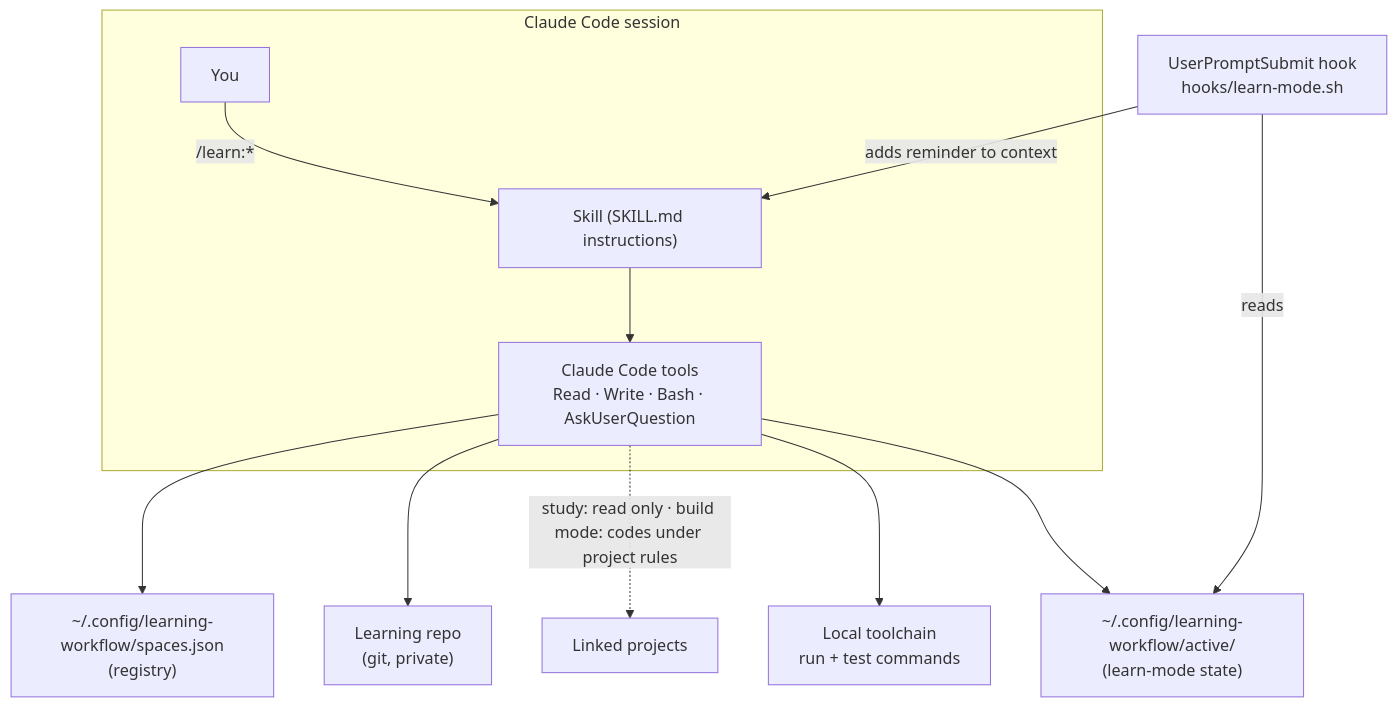
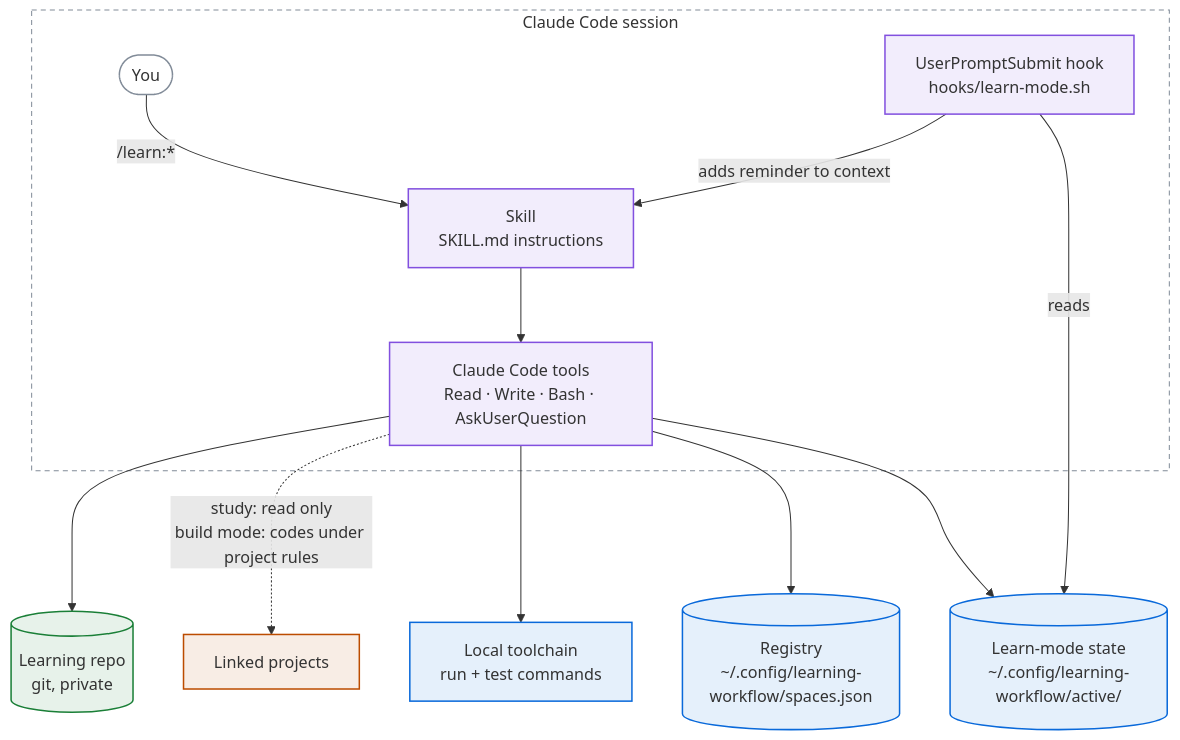
One commit to rafagomes/learning-workflow changed the diagram in docs/ARCHITECTURE.md. Above: the diagram before and after it, drawn with Mermaid. The commit also changed other lines of this file and 12 other files, not shown here.

Commit message:
docs: designed light/dark SVG diagrams and a styled architecture Mermaid

````diff
--- a/docs/ARCHITECTURE.md
+++ b/docs/ARCHITECTURE.md
@@ -5,14 +5,25 @@
 ```mermaid
 flowchart TB
     subgraph CC["Claude Code session"]
-        U["You"] -->|/learn:*| SK["Skill (SKILL.md instructions)"]
+        U(["You"]) -->|/learn:*| SK["Skill<br/>SKILL.md instructions"]
         SK --> TOOLS["Claude Code tools<br/>Read · Write · Bash · AskUserQuestion"]
+        HK["UserPromptSubmit hook<br/>hooks/learn-mode.sh"] -->|adds reminder to context| SK
     end
-    TOOLS --> REG["~/.config/learning-workflow/spaces.json<br/>(registry)"]
-    TOOLS --> LR["Learning repo<br/>(git, private)"]
-    TOOLS -. "study: read only · build mode: codes under project rules" .-> PR["Linked projects"]
+    TOOLS --> LR[("Learning repo<br/>git, private")]
+    TOOLS -. "study: read only<br/>build mode: codes under project rules" .-> PR["Linked projects"]
     TOOLS --> TC["Local toolchain<br/>run + test commands"]
-    TOOLS --> ACT["~/.config/learning-workflow/active/<br/>(learn-mode state)"]
-    HK["UserPromptSubmit hook<br/>hooks/learn-mode.sh"] -->|reads| ACT
-    HK -->|adds reminder to context| SK
+    TOOLS --> REG[("Registry<br/>~/.config/learning-workflow/spaces.json")]
+    TOOLS --> ACT[("Learn-mode state<br/>~/.config/learning-workflow/active/")]
+    HK -->|reads| ACT
+    classDef plugin fill:#8250df1a,stroke:#8250df,stroke-width:1.5px
+    classDef repo fill:#1a7f371a,stroke:#1a7f37,stroke-width:1.5px
+    classDef project fill:#bc4c001a,stroke:#bc4c00,stroke-width:1.5px
+    classDef local fill:#0969da1a,stroke:#0969da,stroke-width:1.5px
+    classDef person fill:transparent,stroke:#818b98,stroke-width:1.5px
+    class SK,TOOLS,HK plugin
+    class LR repo
+    class PR project
+    class REG,ACT,TC local
+    class U person
+    style CC fill:transparent,stroke:#818b98,stroke-dasharray:5 4
 ```
````
